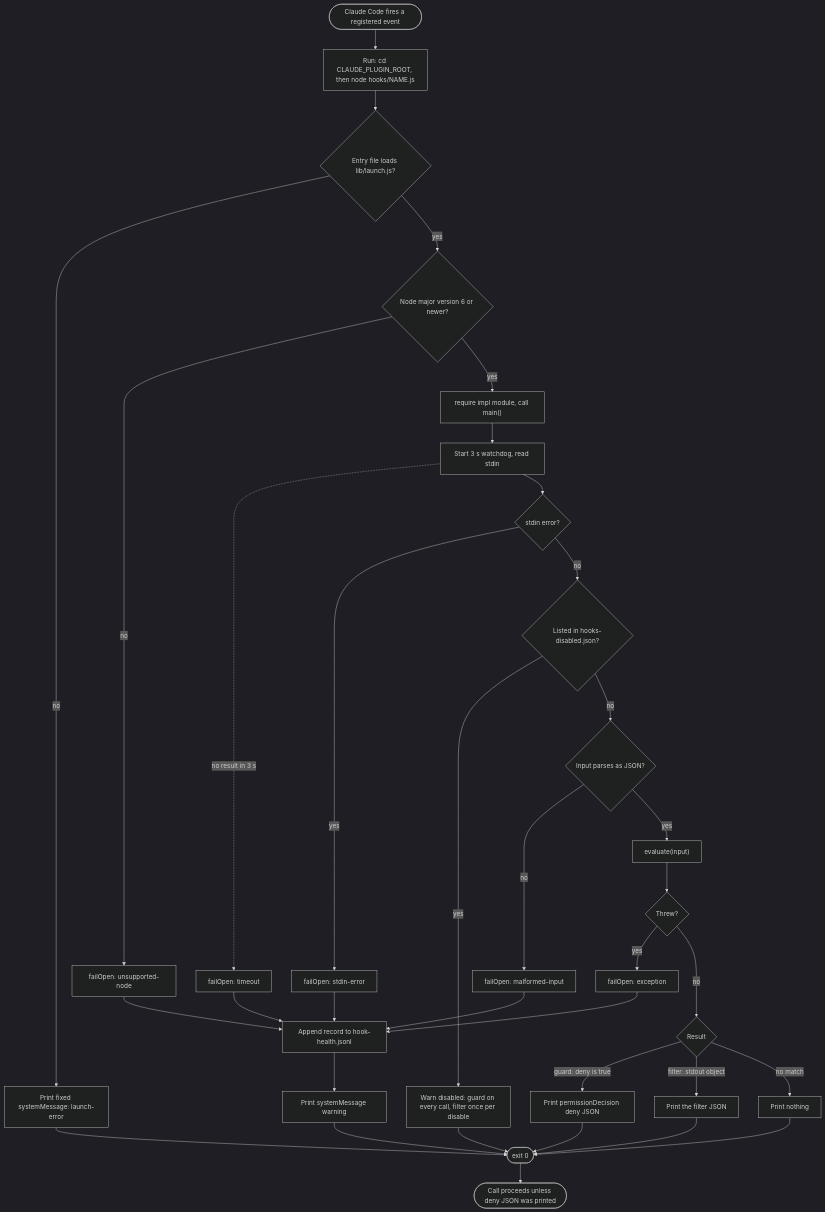
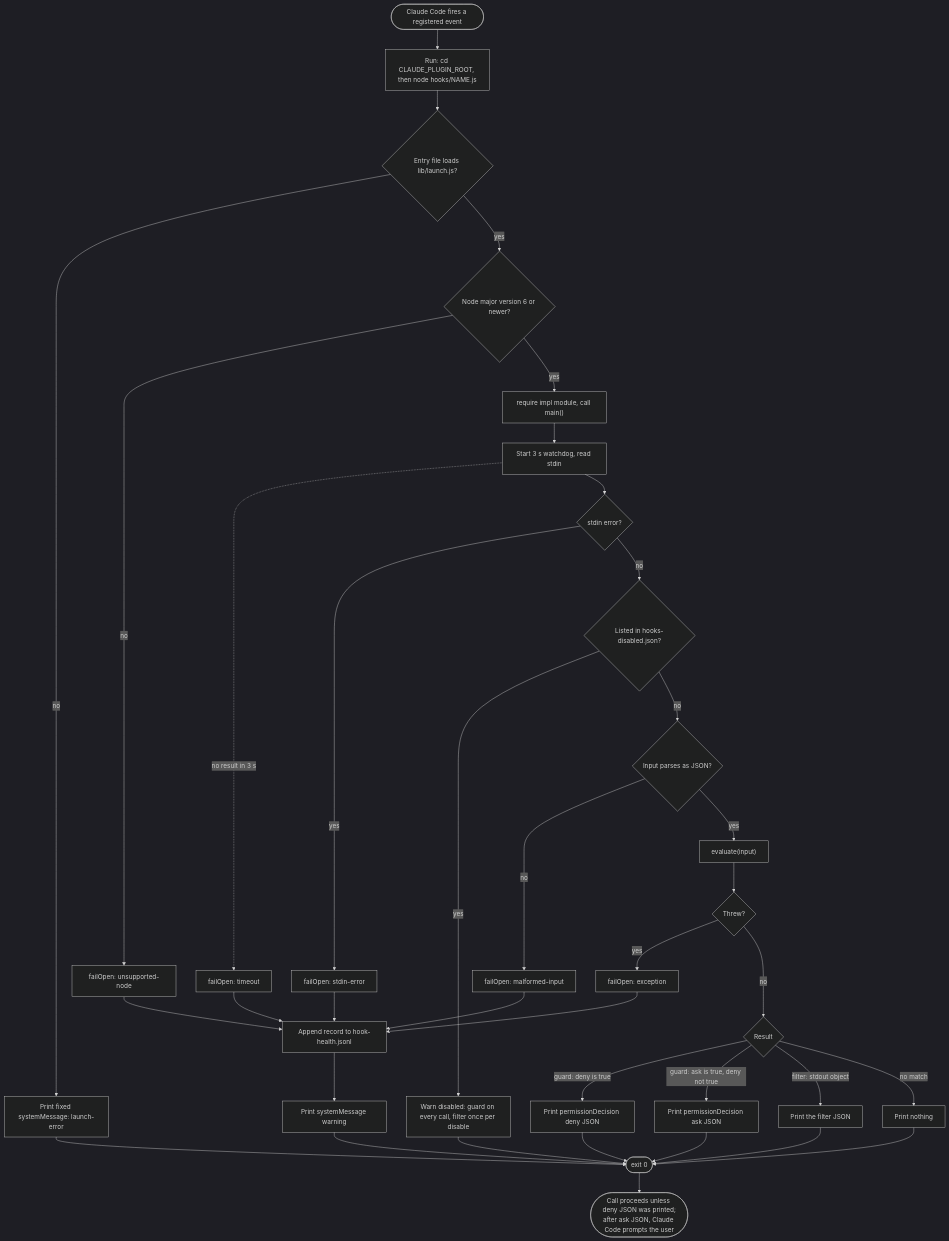
One commit to tjmonsi/assist-marketplace-plugin changed the diagram in specs/spec-hooks-platform-dataflow.mmd. Above: the diagram before and after it, drawn with Mermaid (dark theme). The commit also changed 24 other files, not shown here.

```diff
--- a/specs/spec-hooks-platform-dataflow.mmd
+++ b/specs/spec-hooks-platform-dataflow.mmd
@@ -1,35 +1,37 @@
 flowchart TD
   A(["Claude Code fires a registered event"]) --> B["Run: cd CLAUDE_PLUGIN_ROOT, then node hooks/NAME.js"]
   B --> C{"Entry file loads lib/launch.js?"}
   C -->|no| Z1["Print fixed systemMessage: launch-error"]
   C -->|yes| D{"Node major version 6 or newer?"}
   D -->|no| Z2["failOpen: unsupported-node"]
   D -->|yes| E["require impl module, call main()"]
   E --> F["Start 3 s watchdog, read stdin"]
   F -.->|"no result in 3 s"| ZT["failOpen: timeout"]
   F --> G{"stdin error?"}
   G -->|yes| Z3["failOpen: stdin-error"]
   G -->|no| H{"Listed in hooks-disabled.json?"}
   H -->|yes| Z4["Warn disabled: guard on every call, filter once per disable"]
   H -->|no| I{"Input parses as JSON?"}
   I -->|no| Z5["failOpen: malformed-input"]
   I -->|yes| J["evaluate(input)"]
   J --> K{"Threw?"}
   K -->|yes| Z6["failOpen: exception"]
   K -->|no| L{"Result"}
   L -->|"guard: deny is true"| M["Print permissionDecision deny JSON"]
+  L -->|"guard: ask is true, deny not true"| MA["Print permissionDecision ask JSON"]
   L -->|"filter: stdout object"| N["Print the filter JSON"]
   L -->|"no match"| O["Print nothing"]
   Z2 --> LOG["Append record to hook-health.jsonl"]
   Z3 --> LOG
   Z5 --> LOG
   Z6 --> LOG
   ZT --> LOG
   LOG --> W["Print systemMessage warning"]
   Z1 --> X(["exit 0"])
   W --> X
   Z4 --> X
   M --> X
+  MA --> X
   N --> X
   O --> X
-  X --> END(["Call proceeds unless deny JSON was printed"])
+  X --> END(["Call proceeds unless deny JSON was printed;<br/>after ask JSON, Claude Code prompts the user"])
```
